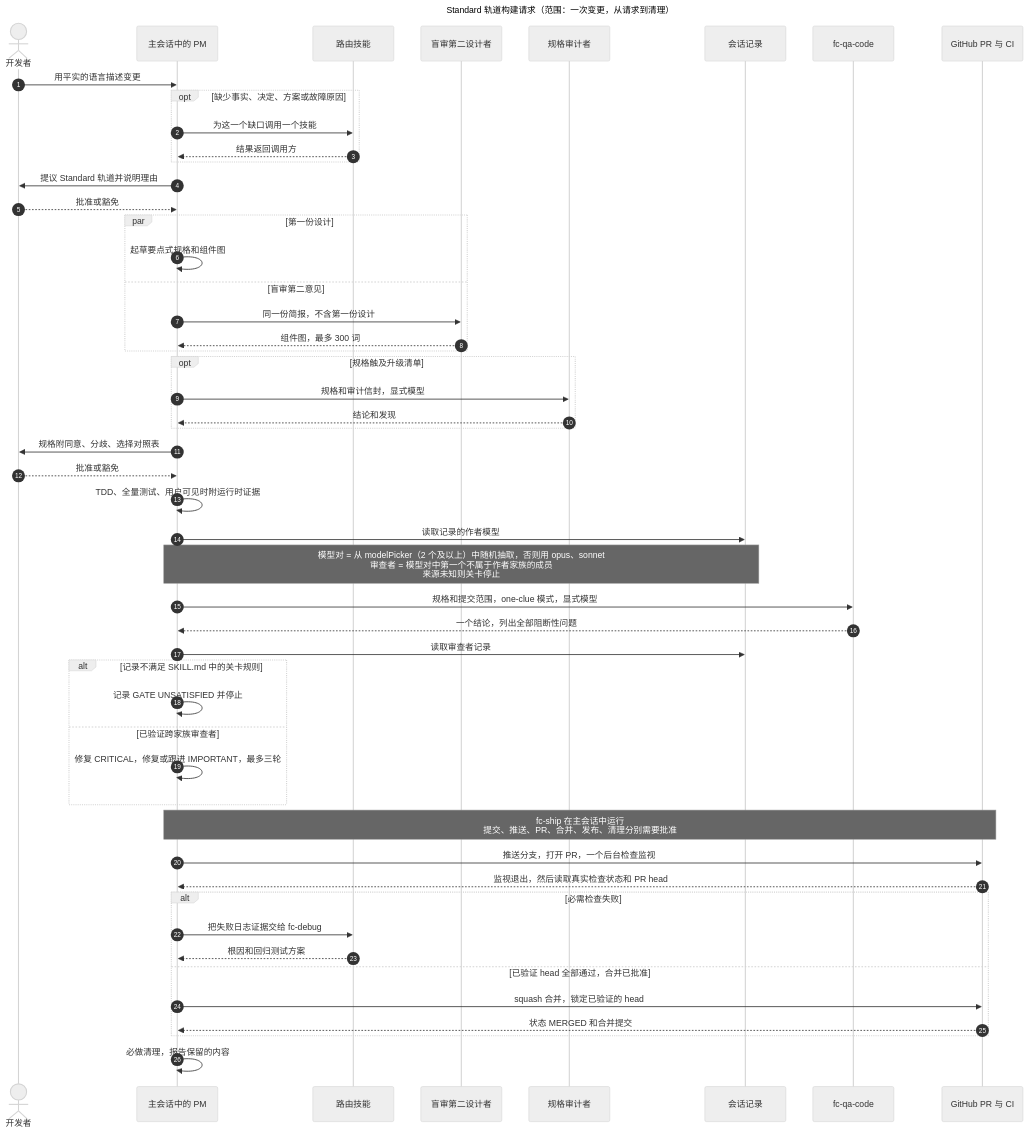
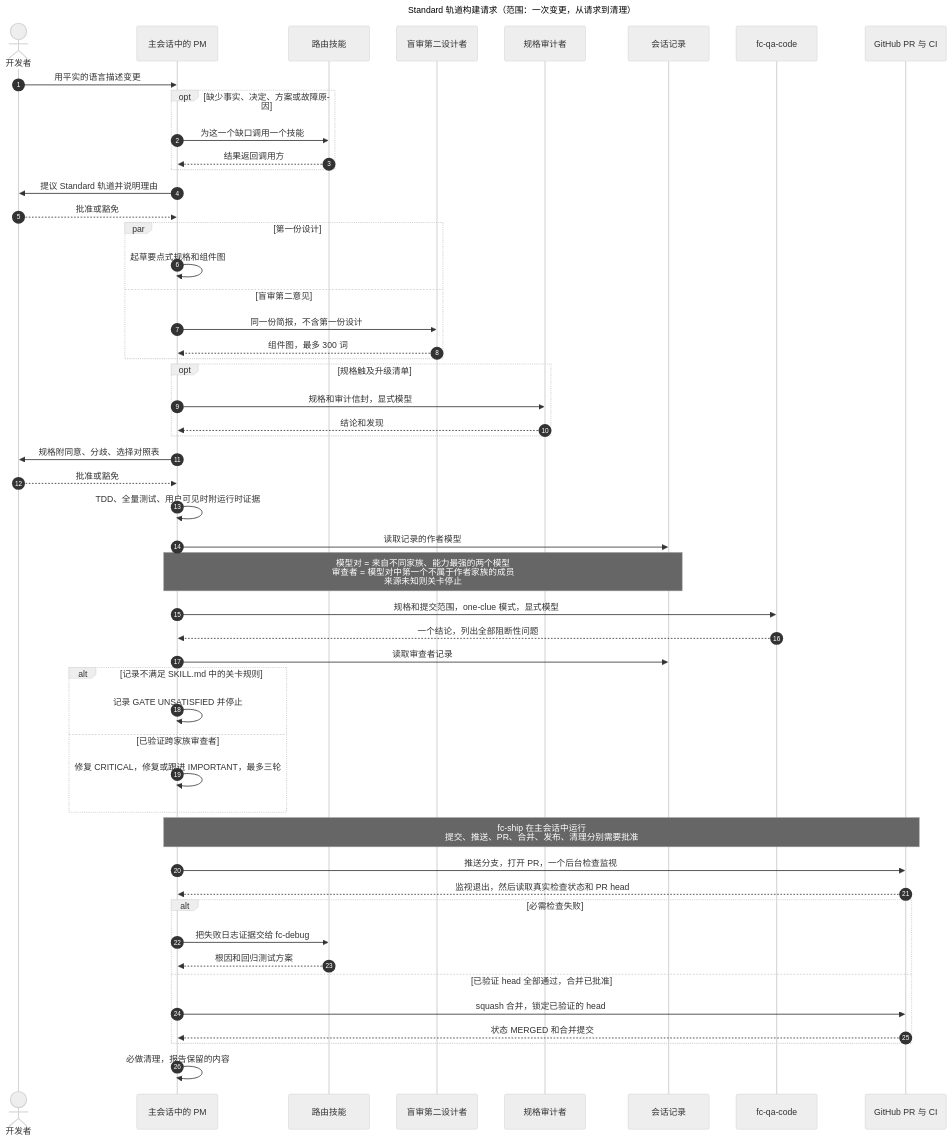
The second of 2 diagrams in wiki/Architecture-zh-CN.md (D0n9X1n/feature-crew), drawn with Mermaid (neutral theme) before and after one commit. The commit also changed 4 other files, not shown here.

````diff
--- a/wiki/Architecture-zh-CN.md
+++ b/wiki/Architecture-zh-CN.md
@@ -73,56 +73,56 @@
 ```mermaid
 ---
 title: "Standard 轨道构建请求（范围：一次变更，从请求到清理）"
 ---
 sequenceDiagram
     autonumber
     actor Dev as 开发者
     participant PM as 主会话中的 PM
     participant Sub as 路由技能
     participant SD as 盲审第二设计者
     participant Aud as 规格审计者
     participant Rec as 会话记录
     participant QA as fc-qa-code
     participant GH as GitHub PR 与 CI
     Dev->>PM: 用平实的语言描述变更
     opt 缺少事实、决定、方案或故障原因
         PM->>Sub: 为这一个缺口调用一个技能
         Sub-->>PM: 结果返回调用方
     end
     PM->>Dev: 提议 Standard 轨道并说明理由
     Dev-->>PM: 批准或豁免
     par 第一份设计
         PM->>PM: 起草要点式规格和组件图
     and 盲审第二意见
         PM->>SD: 同一份简报，不含第一份设计
         SD-->>PM: 组件图，最多 300 词
     end
     opt 规格触及升级清单
         PM->>Aud: 规格和审计信封，显式模型
         Aud-->>PM: 结论和发现
     end
     PM->>Dev: 规格附同意、分歧、选择对照表
     Dev-->>PM: 批准或豁免
     PM->>PM: TDD、全量测试、用户可见时附运行时证据
     PM->>Rec: 读取记录的作者模型
-    Note over PM,Rec: 模型对 = 从 modelPicker（2 个及以上）中随机抽取，否则用 opus、sonnet<br/>审查者 = 模型对中第一个不属于作者家族的成员<br/>来源未知则关卡停止
+    Note over PM,Rec: 模型对 = 来自不同家族、能力最强的两个模型<br/>审查者 = 模型对中第一个不属于作者家族的成员<br/>来源未知则关卡停止
     PM->>QA: 规格和提交范围，one-clue 模式，显式模型
     QA-->>PM: 一个结论，列出全部阻断性问题
     PM->>Rec: 读取审查者记录
     alt 记录不满足 SKILL.md 中的关卡规则
         PM->>PM: 记录 GATE UNSATISFIED 并停止
     else 已验证跨家族审查者
         PM->>PM: 修复 CRITICAL，修复或跟进 IMPORTANT，最多三轮
     end
     Note over PM,GH: fc-ship 在主会话中运行<br/>提交、推送、PR、合并、发布、清理分别需要批准
     PM->>GH: 推送分支，打开 PR，一个后台检查监视
     GH-->>PM: 监视退出，然后读取真实检查状态和 PR head
     alt 必需检查失败
         PM->>Sub: 把失败日志证据交给 fc-debug
         Sub-->>PM: 根因和回归测试方案
     else 已验证 head 全部通过，合并已批准
         PM->>GH: squash 合并，锁定已验证的 head
         GH-->>PM: 状态 MERGED 和合并提交
     end
     PM->>PM: 必做清理，报告保留的内容
 ```
````
